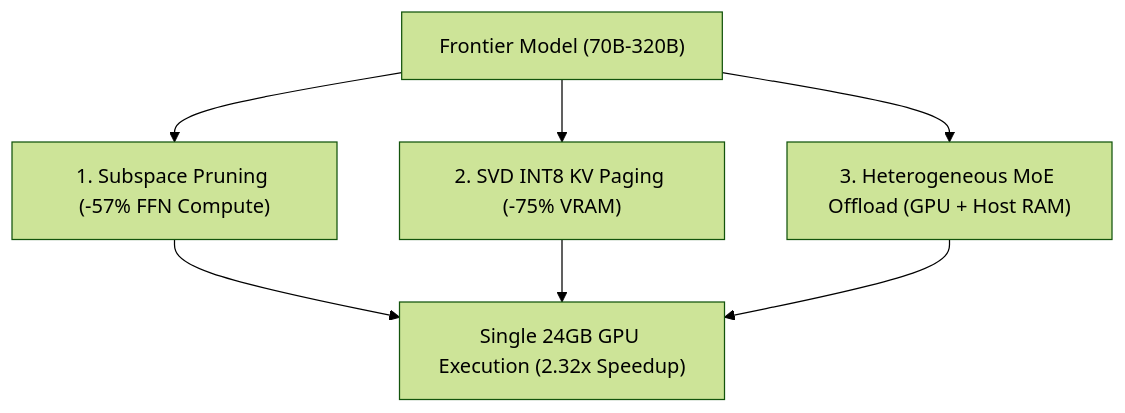
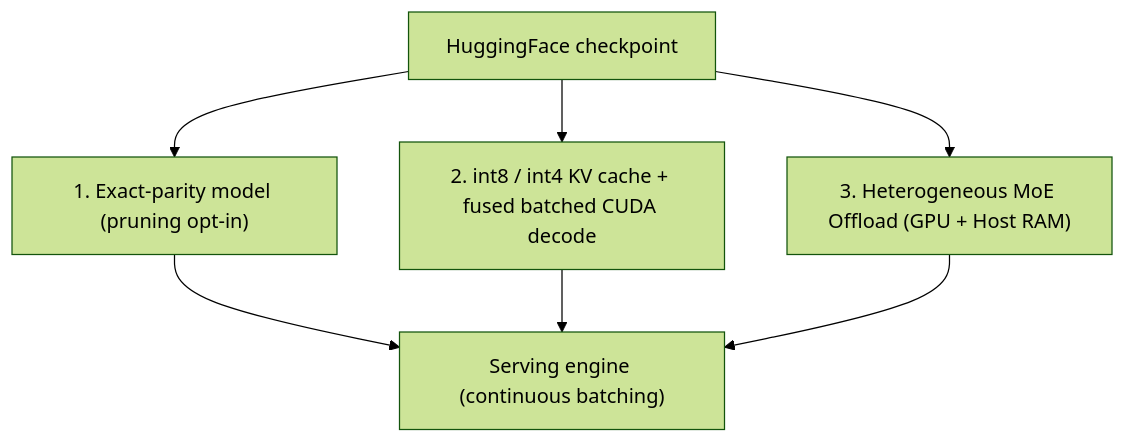
The diagram in docs/architecture.md (intutic/turing), drawn with Mermaid (forest theme) before and after one commit. The commit also changed other lines of this file and 12 other files, not shown here.

First line of the commit message:
docs: replace unmeasured KV, pruning and serving claims with measured results; release 1.6.0

````diff
--- a/docs/architecture.md
+++ b/docs/architecture.md
@@ -5,9 +5,9 @@
 ```mermaid
 graph TD
-    A["Frontier Model (70B-320B)"] --> B["1. Subspace Pruning (-57% FFN Compute)"]
-    A --> C["2. SVD INT8 KV Paging (-75% VRAM)"]
+    A["HuggingFace checkpoint"] --> B["1. Exact-parity model (pruning opt-in)"]
+    A --> C["2. int8 / int4 KV cache + fused batched CUDA decode"]
     A --> D["3. Heterogeneous MoE Offload (GPU + Host RAM)"]
-    B --> E["Single 24GB GPU Execution (2.32x Speedup)"]
+    B --> E["Serving engine (continuous batching)"]
     C --> E
     D --> E
 ```
````
